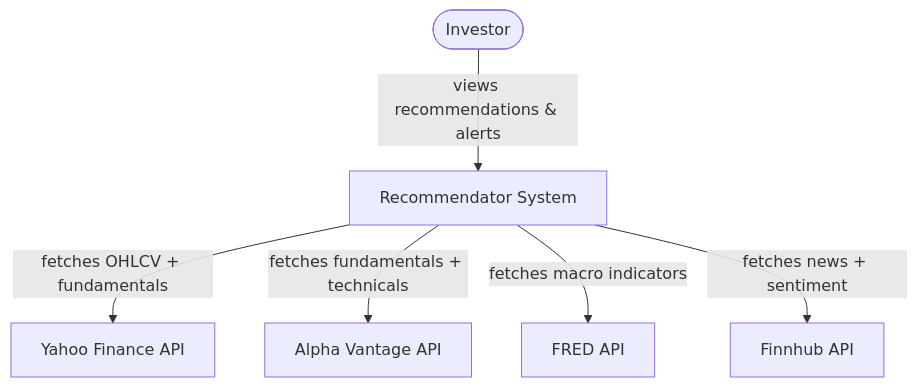
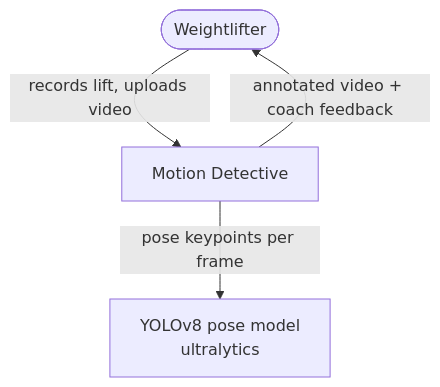
One commit to MikkoIisakki/motion-detective changed the first of 3 diagrams in .github/skills/architecture-patterns.md. Above: the diagram before and after it, drawn with Mermaid. The commit also changed other lines of this file and 30 other files, not shown here.

````diff
--- a/.github/skills/architecture-patterns.md
+++ b/.github/skills/architecture-patterns.md
@@ -15,15 +17,10 @@
 ```mermaid
 graph TD
-    User([Investor])
-    System[Recommendator System]
-    YF[Yahoo Finance API]
-    AV[Alpha Vantage API]
-    FRED[FRED API]
-    FH[Finnhub API]
+    User([Weightlifter])
+    System[Motion Detective]
+    Model[YOLOv8 pose model\nultralytics]
 
-    User -->|views recommendations & alerts| System
-    System -->|fetches OHLCV + fundamentals| YF
-    System -->|fetches fundamentals + technicals| AV
-    System -->|fetches macro indicators| FRED
-    System -->|fetches news + sentiment| FH
+    User -->|records lift, uploads video| System
+    System -->|annotated video + coach feedback| User
+    System -->|pose keypoints per frame| Model
 ```
````
